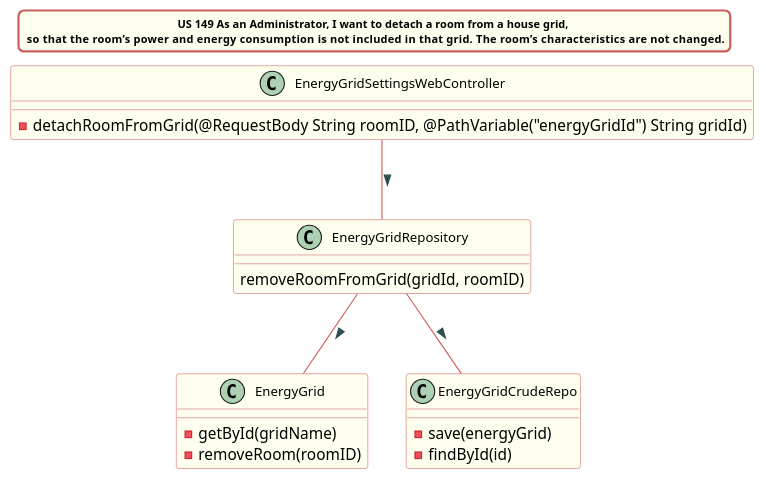
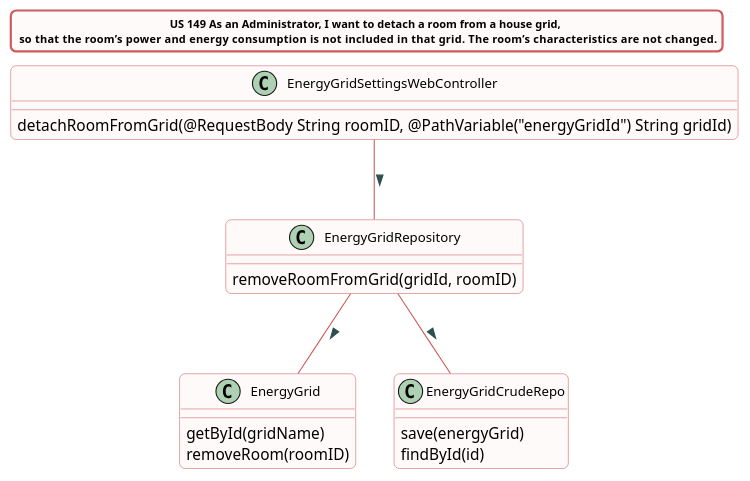
Before and after one commit to Almadanmp/project: the diagram in src/doc/WEB_Controllers/EnergyGridSettings/US149/US149_cd_EnergyGridSettingsWebController.puml, drawn with PlantUML. The commit also changed 15 other files, not shown here.

```diff
--- a/src/doc/WEB_Controllers/EnergyGridSettings/US149/US149_cd_EnergyGridSettingsWebController.puml
+++ b/src/doc/WEB_Controllers/EnergyGridSettings/US149/US149_cd_EnergyGridSettingsWebController.puml
@@ -1,51 +1,52 @@
 @startuml
 
 title US 149 As an Administrator, I want to detach a room from a house grid, \n so that the room’s power and energy  consumption  is  not  included  in  that  grid.  The  room’s characteristics are not changed.
 skinparam titleBorderRoundCorner 10
 skinparam titleBorderThickness 2
 skinparam titleBorderColor indianred
-skinparam titleBackgroundColor ivory
-skinparam FontName verdana
+skinparam titleBackgroundColor Snow
+skinparam FontName quicksand
 skinparam titleFontSize 10
+skinparam roundcorner 10
 
 
 skinparam class {
-  BorderColor indianred
-  BackgroundColor indianred
-  BackgroundColor ivory
-   roundcorner 10
-   ArrowFontName Verdana
-   ArrowColor indianred
-   ArrowFontColor darkslategrey
-   FontSize 12
+ BorderColor indianred
+ BackgroundColor indianred
+ BackgroundColor Snow
+  roundcorner 10
+  ArrowFontName Verdana
+  ArrowColor indianred
+  ArrowFontColor darkslategrey
+  FontSize 12
 }
 
 class EnergyGridSettingsWebController
 class EnergyGridRepository
 class EnergyGrid
 class EnergyGridCrudeRepo
 
 EnergyGridSettingsWebController -- EnergyGridRepository : >
 EnergyGridRepository -- EnergyGrid : >
 EnergyGridRepository -- EnergyGridCrudeRepo : >
 
 class EnergyGridSettingsWebController {
--detachRoomFromGrid(@RequestBody String roomID, @PathVariable("energyGridId") String gridId)
+detachRoomFromGrid(@RequestBody String roomID, @PathVariable("energyGridId") String gridId)
 }
 
 class EnergyGridRepository{
 removeRoomFromGrid(gridId, roomID)
 }
 
 
 class EnergyGrid {
-- getById(gridName)
-- removeRoom(roomID)
+getById(gridName)
+removeRoom(roomID)
 }
 
 class EnergyGridCrudeRepo{
-- save(energyGrid)
-- findById(id)
+save(energyGrid)
+findById(id)
 }
 
 @enduml
```
